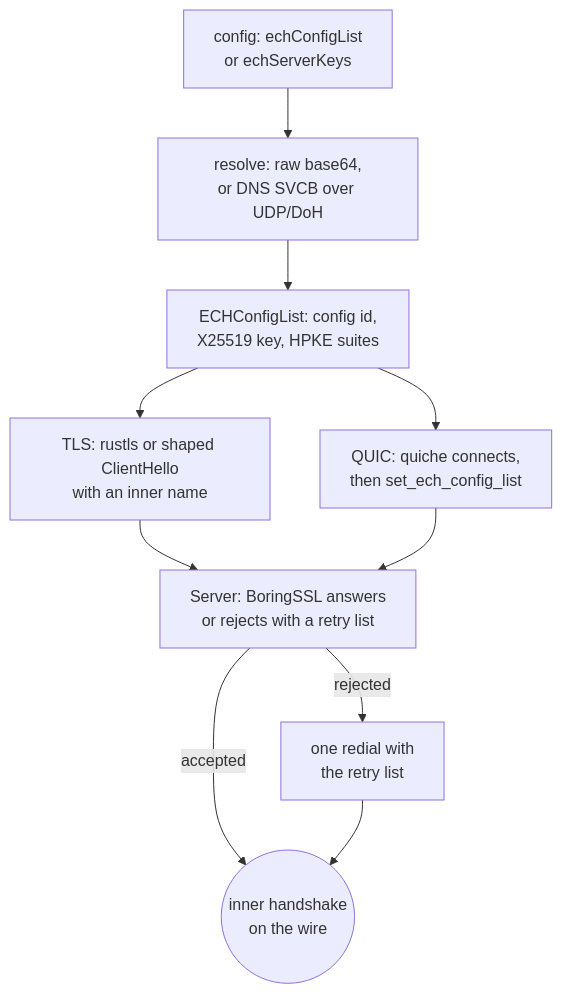
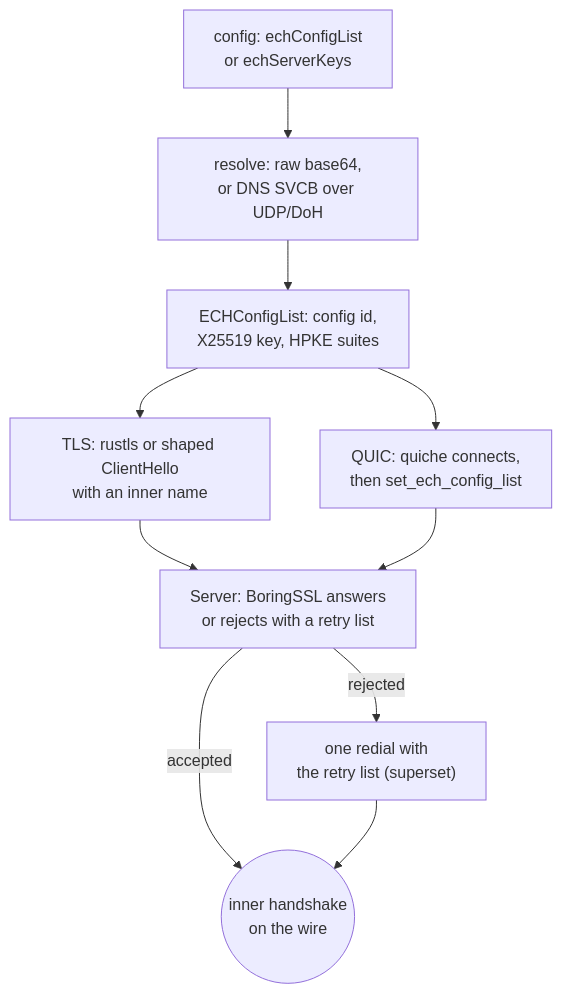
The diagram in docs/function/security-ech.md (Ferrocite/ferrox), drawn with Mermaid before and after one commit. The commit also changed other lines of this file and 3 other files, not shown here.

Commit message:
ech: record the retry list as a superset

````diff
--- a/docs/function/security-ech.md
+++ b/docs/function/security-ech.md
@@ -9,12 +9,12 @@
 ```mermaid
 graph TD
     C["config: echConfigList<br/>or echServerKeys"] --> R["resolve: raw base64,<br/>or DNS SVCB over UDP/DoH"]
     R --> L["ECHConfigList: config id,<br/>X25519 key, HPKE suites"]
     L --> T["TLS: rustls or shaped ClientHello<br/>with an inner name"]
     L --> Q["QUIC: quiche connects,<br/>then set_ech_config_list"]
     T --> S["Server: BoringSSL answers<br/>or rejects with a retry list"]
     Q --> S
     S -->|accepted| W(("inner handshake<br/>on the wire"))
-    S -->|rejected| D["one redial with<br/>the retry list"]
+    S -->|rejected| D["one redial with<br/>the retry list (superset)"]
     D --> W
 ```
````
